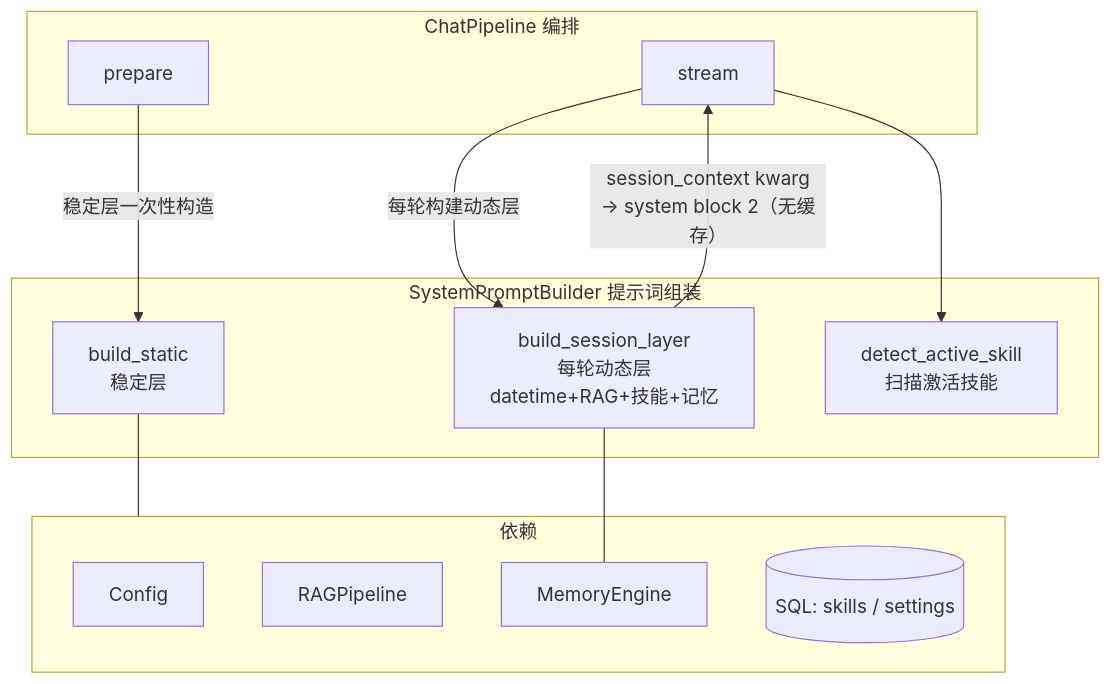
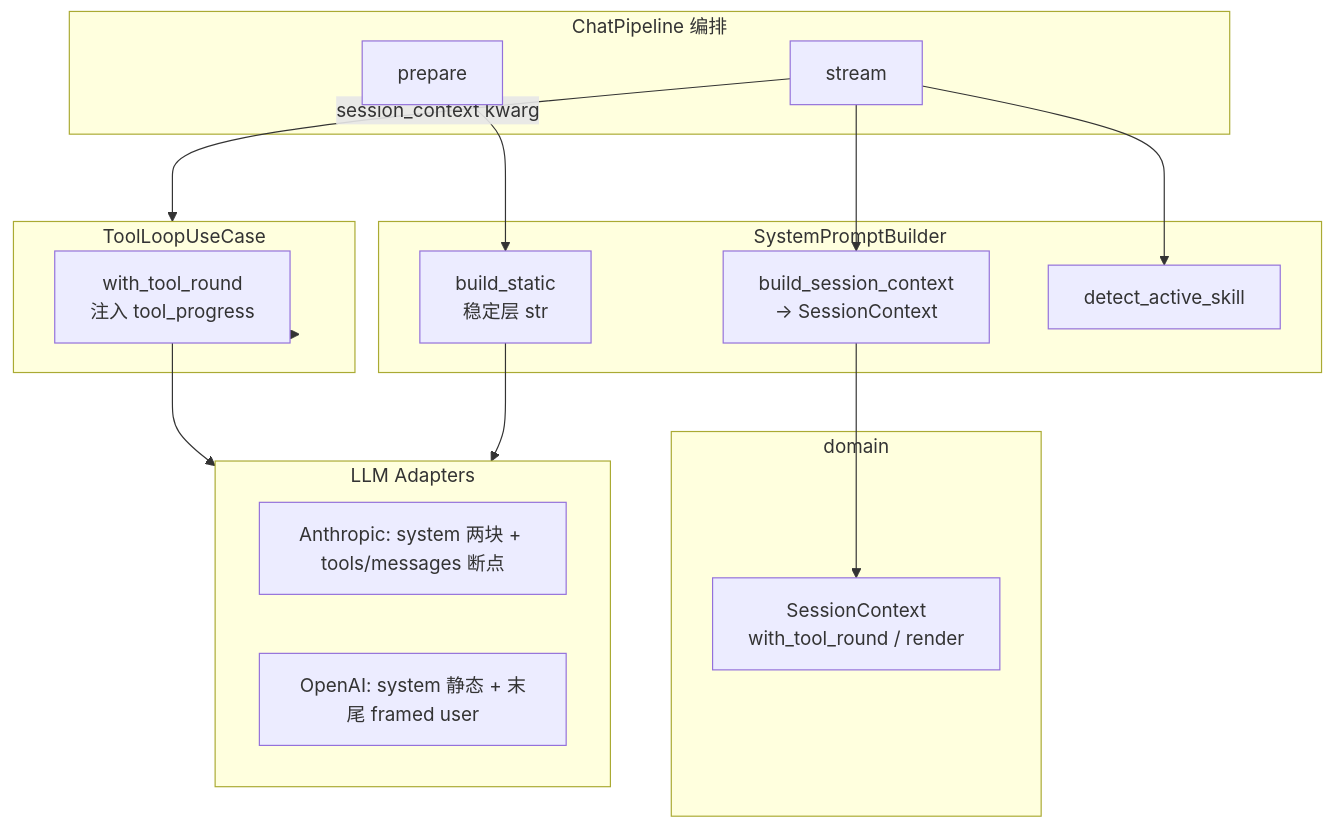
The second of 2 diagrams in docs/系统提示词设计.md (ayxworxfr/AstraCoreAI), drawn with Mermaid before and after one commit. The commit also changed other lines of this file and 22 other files, not shown here.

````diff
--- a/docs/系统提示词设计.md
+++ b/docs/系统提示词设计.md
@@ -245,26 +253,31 @@
 ```mermaid
 flowchart TB
     subgraph PIPE[ChatPipeline 编排]
         PREP[prepare]
         STR[stream]
     end
-    subgraph BUILDER[SystemPromptBuilder 提示词组装]
-        BS[build_static<br/>稳定层]
-        BSL[build_session_layer<br/>每轮动态层<br/>datetime+RAG+技能+记忆]
-        DET[detect_active_skill<br/>扫描激活技能]
+    subgraph BUILDER[SystemPromptBuilder]
+        BS[build_static<br/>稳定层 str]
+        BSC[build_session_context<br/>→ SessionContext]
+        DET[detect_active_skill]
     end
-    subgraph DEPS[依赖]
-        CFG[Config]
-        RAG[RAGPipeline]
-        MEM[MemoryEngine]
-        DB[(SQL: skills / settings)]
+    subgraph DOMAIN[domain]
+        SC[SessionContext<br/>with_tool_round / render]
+    end
+    subgraph LOOP[ToolLoopUseCase]
+        WTR[with_tool_round<br/>注入 tool_progress]
+    end
+    subgraph ADAPTER[LLM Adapters]
+        ANT[Anthropic: system 两块 + tools/messages 断点]
+        OAI[OpenAI: system 静态 + 末尾 framed user]
     end
 
-    PREP -->|"稳定层一次性构造"| BS
-    STR -->|"每轮构建动态层"| BSL
+    PREP --> BS
     STR --> DET
-    BS --- DEPS
-    BSL --- MEM
-
-    BSL -->|"session_context kwarg<br/>→ system block 2（无缓存）"| STR
+    STR --> BSC
+    BSC --> SC
+    STR -->|"session_context kwarg"| LOOP
+    LOOP --> WTR
+    WTR --> ADAPTER
+    BS --> ADAPTER
 ```
````
